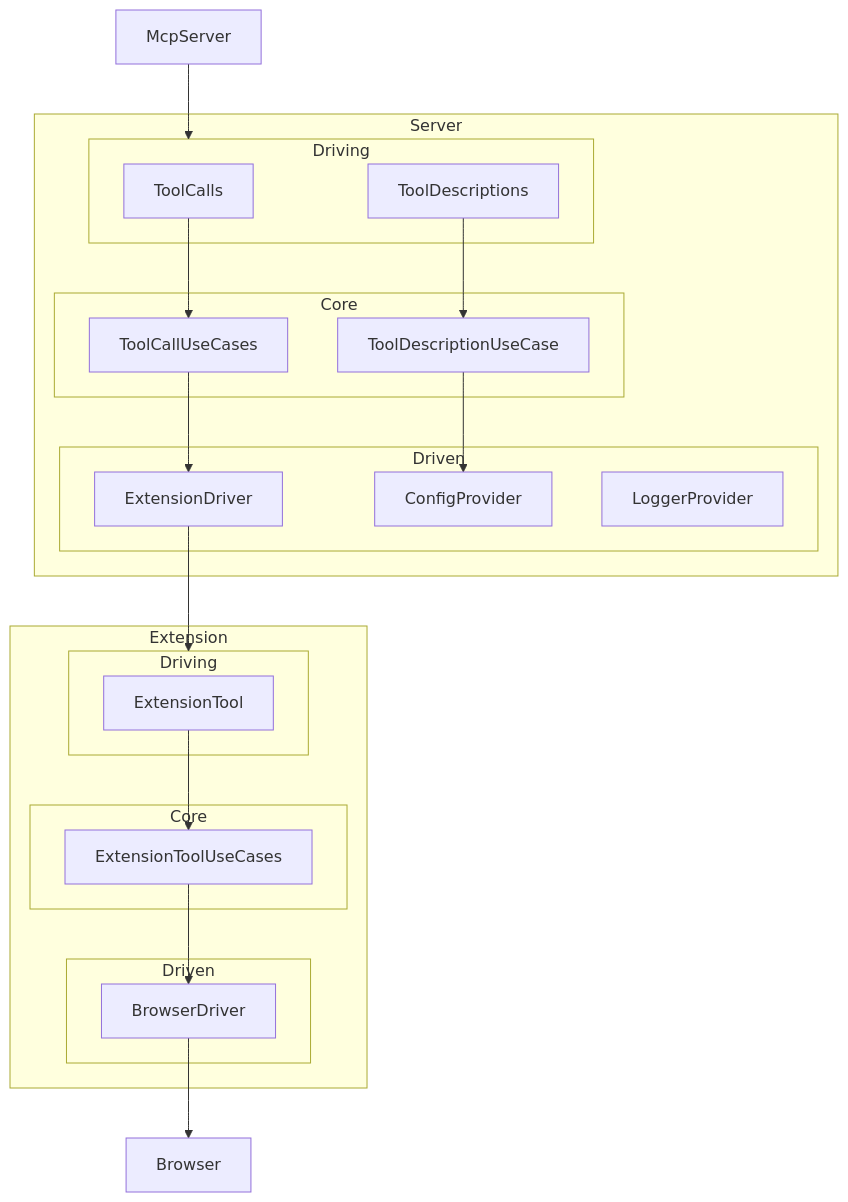
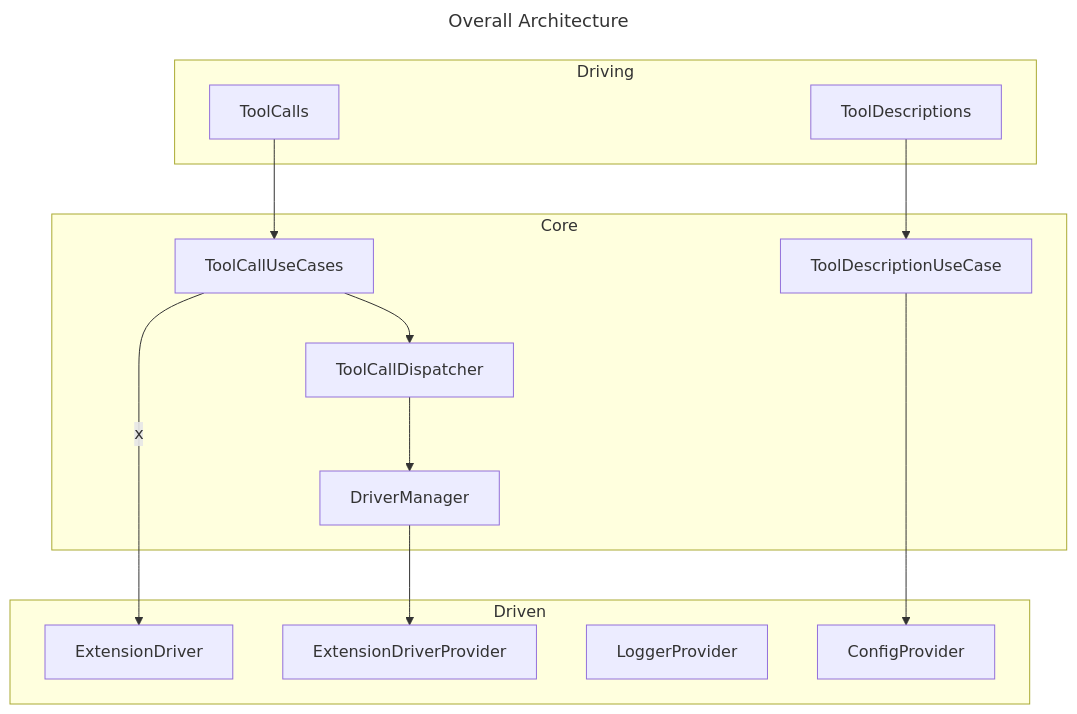
The second of 3 diagrams in docs/architecture.md (ndthanhdev/mcp-browser-kit), drawn with Mermaid before and after one commit. The commit also changed other lines of this file and 33 other files, not shown here.

````diff
--- a/docs/architecture.md
+++ b/docs/architecture.md
@@ -6,49 +17,56 @@
 ```mermaid
+---
+title: Overall Architecture
+---
 flowchart TD
-  McpServer
-
-  subgraph Server
-    subgraph ServerDriving["Driving"]
-      ToolCalls 
-      ToolDescriptions
-    end
-    subgraph ServerCore["Core"]
-      ToolCallUseCases
-      ToolDescriptionUseCase
-    end
-
-    subgraph ServerDriven["Driven"]
-      ExtensionDriver
-      ConfigProvider["ConfigProvider"]
-      LoggerProvider["LoggerProvider"]
-    end
-
-    ToolCalls --> ToolCallUseCases
-    ToolCallUseCases --> ExtensionDriver
-    ToolDescriptions --> ToolDescriptionUseCase
-    ToolDescriptionUseCase --> ConfigProvider
+  subgraph ServerDriving["Driving"]
+    ToolCalls
+    ToolDescriptions
   end
 
-  McpServer-->ServerDriving
-
-  subgraph Extension
-    subgraph ExtensionDriving["Driving"]
-      ExtensionTool
-    end
-
-    subgraph ExtensionCore["Core"]
-      ExtensionToolUseCases
-    end
-    subgraph ExtensionDriven["Driven"]
-      BrowserDriver
-    end
-
-    ExtensionTool --> ExtensionToolUseCases
-    ExtensionToolUseCases -->BrowserDriver
+  subgraph ServerCore["Core"]
+    ToolCallUseCases
+    ToolDescriptionUseCase
+    DriverManager
+    ToolCallDispatcher
   end
 
-  Browser
+  subgraph ServerDriven["Driven"]
+    ExtensionDriver
+    ConfigProvider["ConfigProvider"]
+    LoggerProvider["LoggerProvider"]
+    ExtensionDriverProvider
+  end
 
-  ExtensionDriver --> ExtensionDriving
-  BrowserDriver --> Browser
+  ToolCalls --> ToolCallUseCases
+  ToolDescriptions --> ToolDescriptionUseCase
+  ToolCallUseCases --"x"--> ExtensionDriver
+  ToolDescriptionUseCase --> ConfigProvider
+  ToolCallUseCases--> ToolCallDispatcher
+  ToolCallDispatcher --> DriverManager
+  DriverManager --> ExtensionDriverProvider
+  %% end
+
+  %% McpServer-->ServerDriving
+
+  %% subgraph Extension
+    %% subgraph ExtensionDriving["Driving"]
+    %%   ExtensionTool
+    %% end
+
+    %% subgraph ExtensionCore["Core"]
+    %%   ExtensionToolUseCases
+    %% end
+    %% subgraph ExtensionDriven["Driven"]
+    %%   BrowserDriver
+    %% end
+
+    %% ExtensionTool --> ExtensionToolUseCases
+    %% ExtensionToolUseCases -->BrowserDriver
+  %% end
+
+  %% Browser
+
+  %% ExtensionDriver --> ExtensionDriving
+  %% BrowserDriver --> Browser
 ```
````
